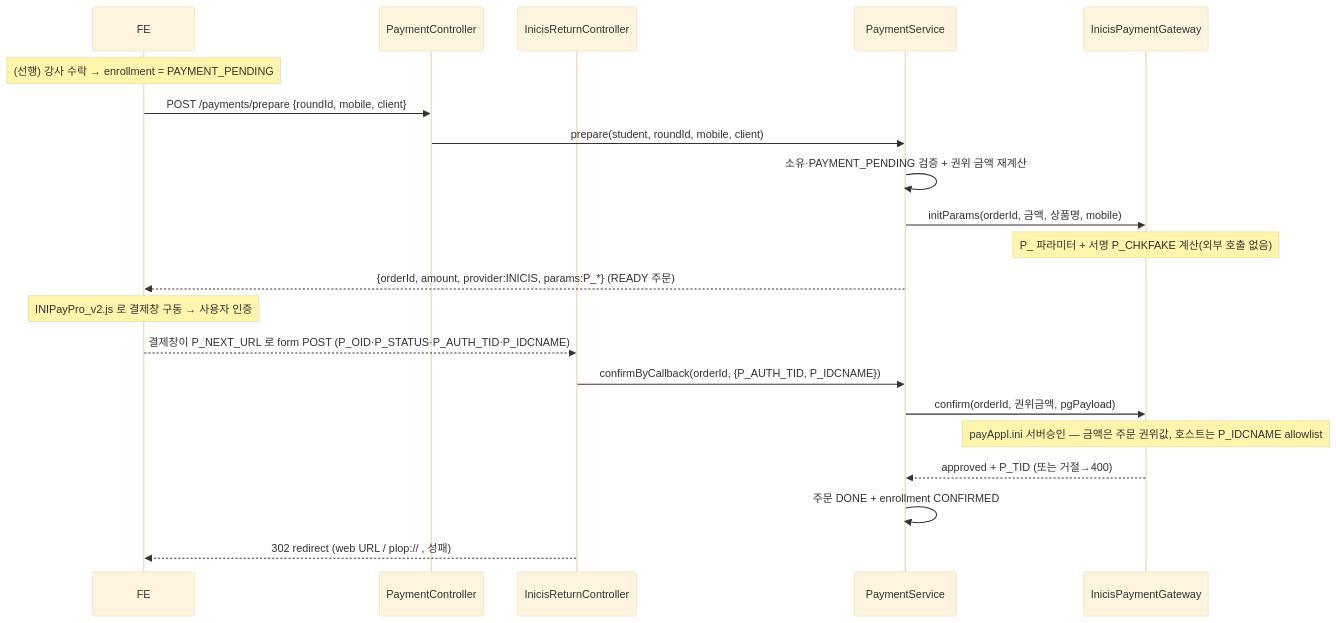
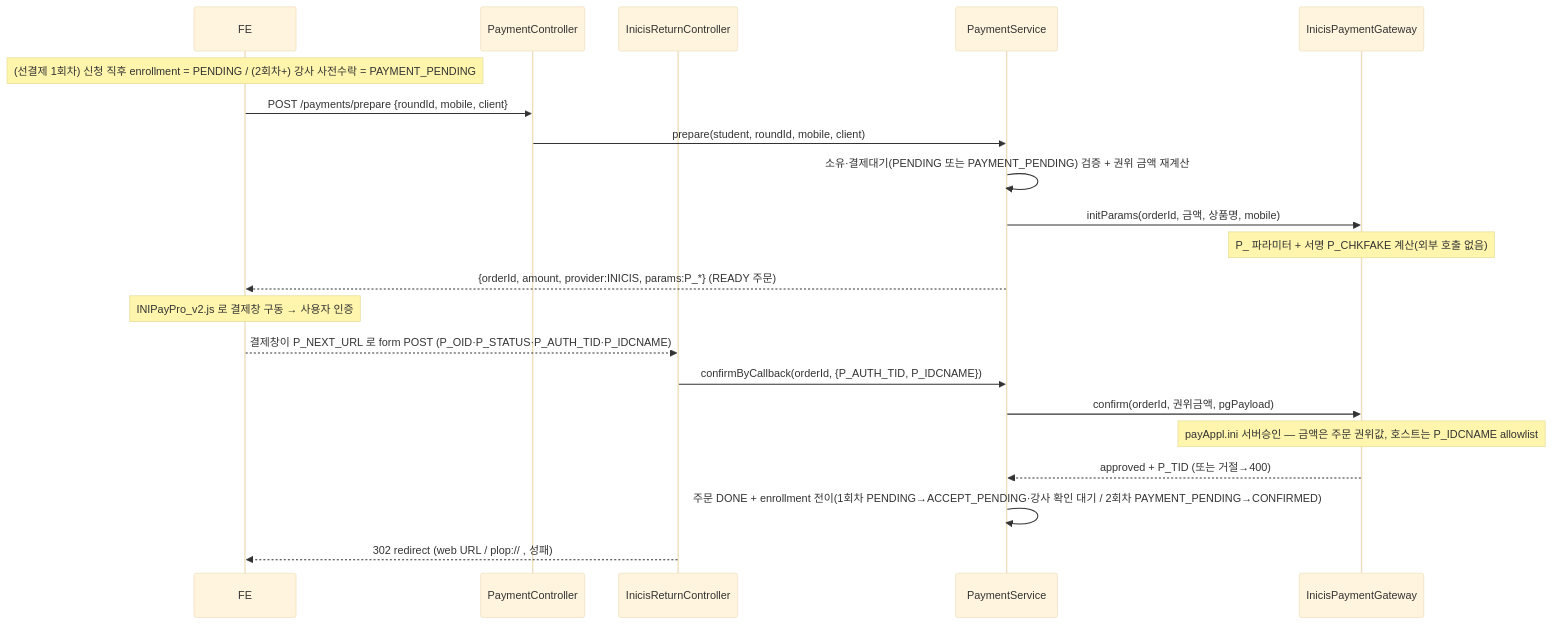
One commit to pungdong/Pungdong-Backend changed the second of 3 diagrams in docs/architecture/payment.md. Above: the diagram before and after it, drawn with Mermaid (base theme). The commit also changed other lines of this file and 8 other files, not shown here.

````diff
--- a/docs/architecture/payment.md
+++ b/docs/architecture/payment.md
@@ -44,23 +44,23 @@
 ```mermaid
 sequenceDiagram
     participant FE
     participant Ctl as PaymentController
     participant Ret as InicisReturnController
     participant Svc as PaymentService
     participant PG as InicisPaymentGateway
-    Note over FE: (선행) 강사 수락 → enrollment = PAYMENT_PENDING
+    Note over FE: (선결제 1회차) 신청 직후 enrollment = PENDING / (2회차+) 강사 사전수락 = PAYMENT_PENDING
     FE->>Ctl: POST /payments/prepare {roundId, mobile, client}
     Ctl->>Svc: prepare(student, roundId, mobile, client)
-    Svc->>Svc: 소유·PAYMENT_PENDING 검증 + 권위 금액 재계산
+    Svc->>Svc: 소유·결제대기(PENDING 또는 PAYMENT_PENDING) 검증 + 권위 금액 재계산
     Svc->>PG: initParams(orderId, 금액, 상품명, mobile)
     Note over PG: P_ 파라미터 + 서명 P_CHKFAKE 계산(외부 호출 없음)
     Svc-->>FE: {orderId, amount, provider:INICIS, params:P_*} (READY 주문)
     Note over FE: INIPayPro_v2.js 로 결제창 구동 → 사용자 인증
     FE-->>Ret: 결제창이 P_NEXT_URL 로 form POST (P_OID·P_STATUS·P_AUTH_TID·P_IDCNAME)
     Ret->>Svc: confirmByCallback(orderId, {P_AUTH_TID, P_IDCNAME})
     Svc->>PG: confirm(orderId, 권위금액, pgPayload)
     Note over PG: payAppl.ini 서버승인 — 금액은 주문 권위값, 호스트는 P_IDCNAME allowlist
     PG-->>Svc: approved + P_TID (또는 거절→400)
-    Svc->>Svc: 주문 DONE + enrollment CONFIRMED
+    Svc->>Svc: 주문 DONE + enrollment 전이(1회차 PENDING→ACCEPT_PENDING·강사 확인 대기 / 2회차 PAYMENT_PENDING→CONFIRMED)
     Ret-->>FE: 302 redirect (web URL / plop:// , 성패)
 ```
````
